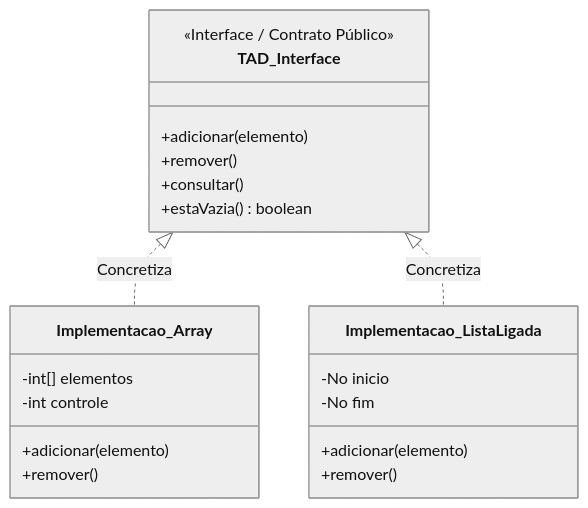
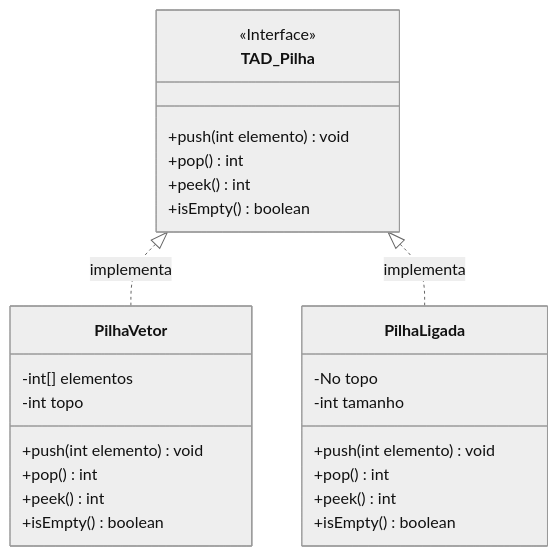
Before and after one commit to murilolol/unifef: the sixth of 27 diagrams in 4º Semestre/[Prof. Wesley Soares] Estrutura de Dados I/Resumos-IA/Caderno-Consolidado.md, drawn with Mermaid (neutral theme). The commit also changed other lines of this file and 40 other files, not shown here.

````diff
--- a/4º Semestre/[Prof. Wesley Soares] Estrutura de Dados I/Resumos-IA/Caderno-Consolidado.md
+++ b/4º Semestre/[Prof. Wesley Soares] Estrutura de Dados I/Resumos-IA/Caderno-Consolidado.md
@@ -270,24 +335,28 @@
 ```mermaid
 classDiagram
-    class TAD_Interface {
-        <<Interface / Contrato Público>>
-        +adicionar(elemento)
-        +remover()
-        +consultar()
-        +estaVazia() boolean
+    class TAD_Pilha {
+        <<Interface>>
+        +push(int elemento) void
+        +pop() int
+        +peek() int
+        +isEmpty() boolean
     }
-    class Implementacao_Array {
+    class PilhaVetor {
         -int[] elementos
-        -int controle
-        +adicionar(elemento)
-        +remover()
+        -int topo
+        +push(int elemento) void
+        +pop() int
+        +peek() int
+        +isEmpty() boolean
     }
-    class Implementacao_ListaLigada {
-        -No inicio
-        -No fim
-        +adicionar(elemento)
-        +remover()
+    class PilhaLigada {
+        -No topo
+        -int tamanho
+        +push(int elemento) void
+        +pop() int
+        +peek() int
+        +isEmpty() boolean
     }
-    TAD_Interface <|.. Implementacao_Array : Concretiza
-    TAD_Interface <|.. Implementacao_ListaLigada : Concretiza
+    TAD_Pilha <|.. PilhaVetor : implementa
+    TAD_Pilha <|.. PilhaLigada : implementa
 ```
````
